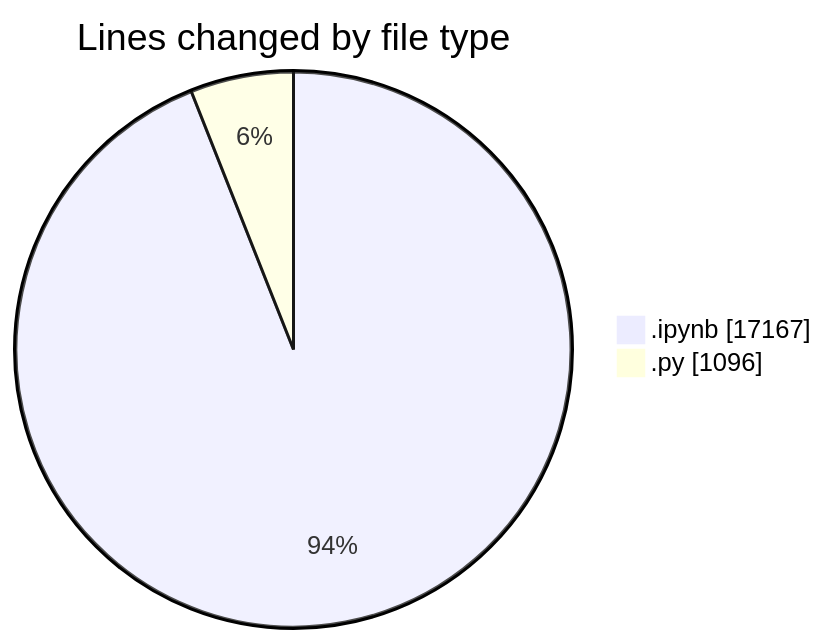
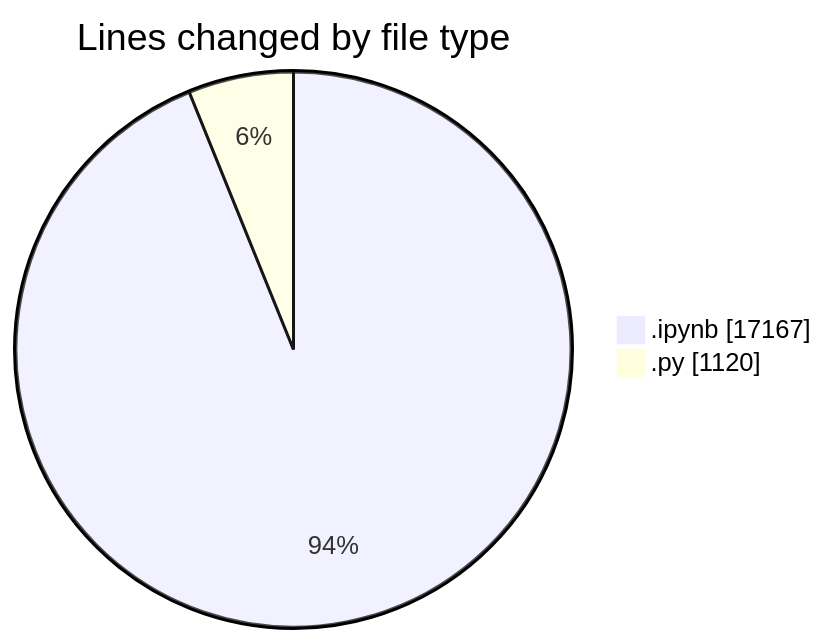
The first of 2 diagrams in 2025-05-07/myws__workspace_/README.md (MatusMokan/code-tracking), drawn with Mermaid before and after one commit. The commit also changed other lines of this file and 1 other file, not shown here.

````diff
--- a/2025-05-07/myws__workspace_/README.md
+++ b/2025-05-07/myws__workspace_/README.md
@@ -21,6 +21,6 @@
 ```mermaid
 pie showData
 title Lines changed by file type
 ".ipynb" : 17167
-".py" : 1096
+".py" : 1120
 ```
````
